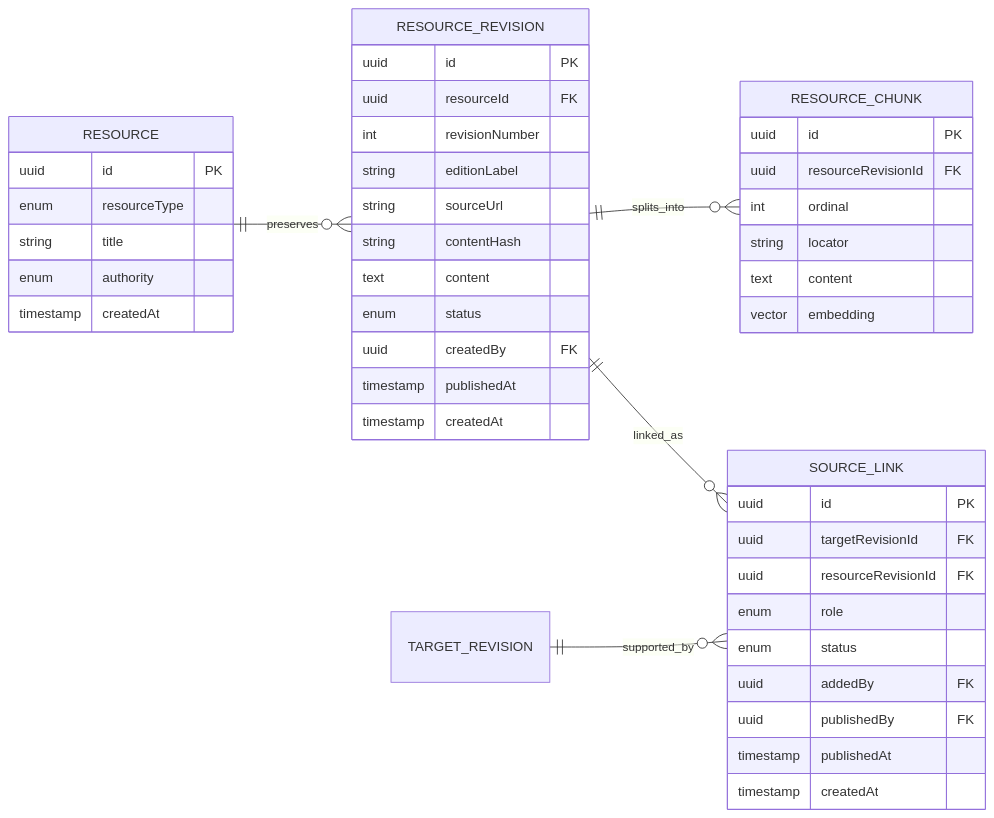
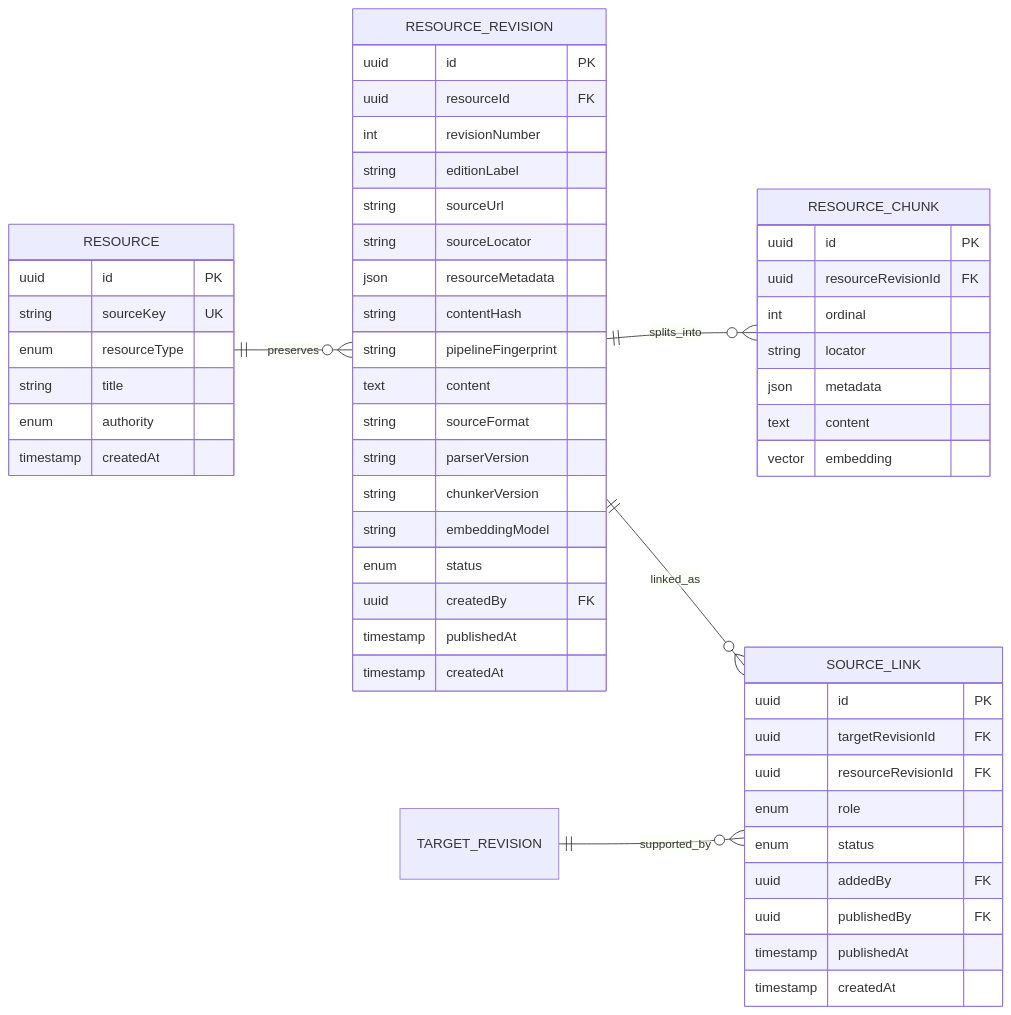
Before and after one commit to steekam/nova-takehome: the third of 4 diagrams in docs/domain-model.md, drawn with Mermaid. The commit also changed other lines of this file and 46 other files, not shown here.

````diff
--- a/docs/domain-model.md
+++ b/docs/domain-model.md
@@ -123,48 +123,57 @@
 ```mermaid
 erDiagram
   direction LR
   RESOURCE ||--o{ RESOURCE_REVISION : preserves
   RESOURCE_REVISION ||--o{ RESOURCE_CHUNK : splits_into
   TARGET_REVISION ||--o{ SOURCE_LINK : supported_by
   RESOURCE_REVISION ||--o{ SOURCE_LINK : linked_as
 
   RESOURCE {
     uuid id PK
+    string sourceKey UK
     enum resourceType
     string title
     enum authority
     timestamp createdAt
   }
   RESOURCE_REVISION {
     uuid id PK
     uuid resourceId FK
     int revisionNumber
     string editionLabel
     string sourceUrl
+    string sourceLocator
+    json resourceMetadata
     string contentHash
+    string pipelineFingerprint
     text content
+    string sourceFormat
+    string parserVersion
+    string chunkerVersion
+    string embeddingModel
     enum status
     uuid createdBy FK
     timestamp publishedAt
     timestamp createdAt
   }
   RESOURCE_CHUNK {
     uuid id PK
     uuid resourceRevisionId FK
     int ordinal
     string locator
+    json metadata
     text content
     vector embedding
   }
   SOURCE_LINK {
     uuid id PK
     uuid targetRevisionId FK
     uuid resourceRevisionId FK
     enum role
     enum status
     uuid addedBy FK
     uuid publishedBy FK
     timestamp publishedAt
     timestamp createdAt
   }
 ```
````
